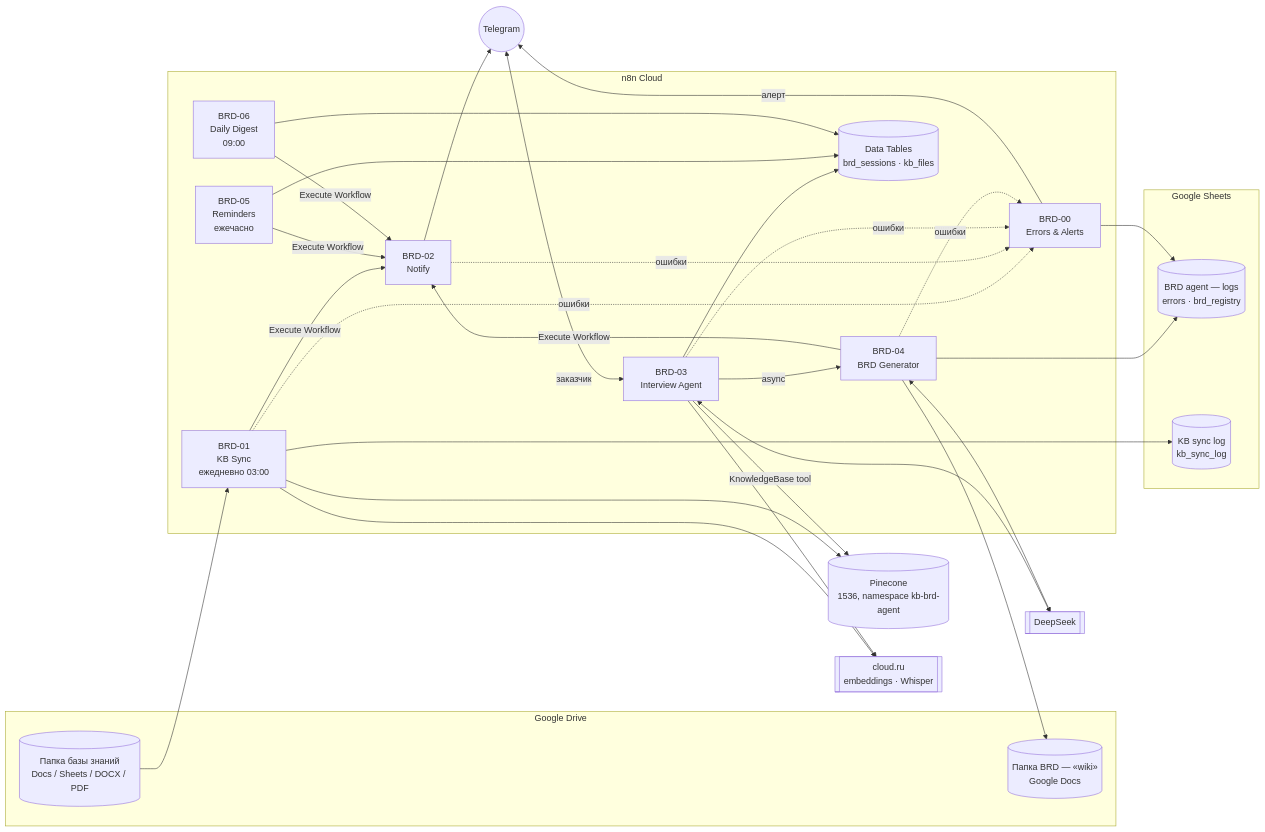
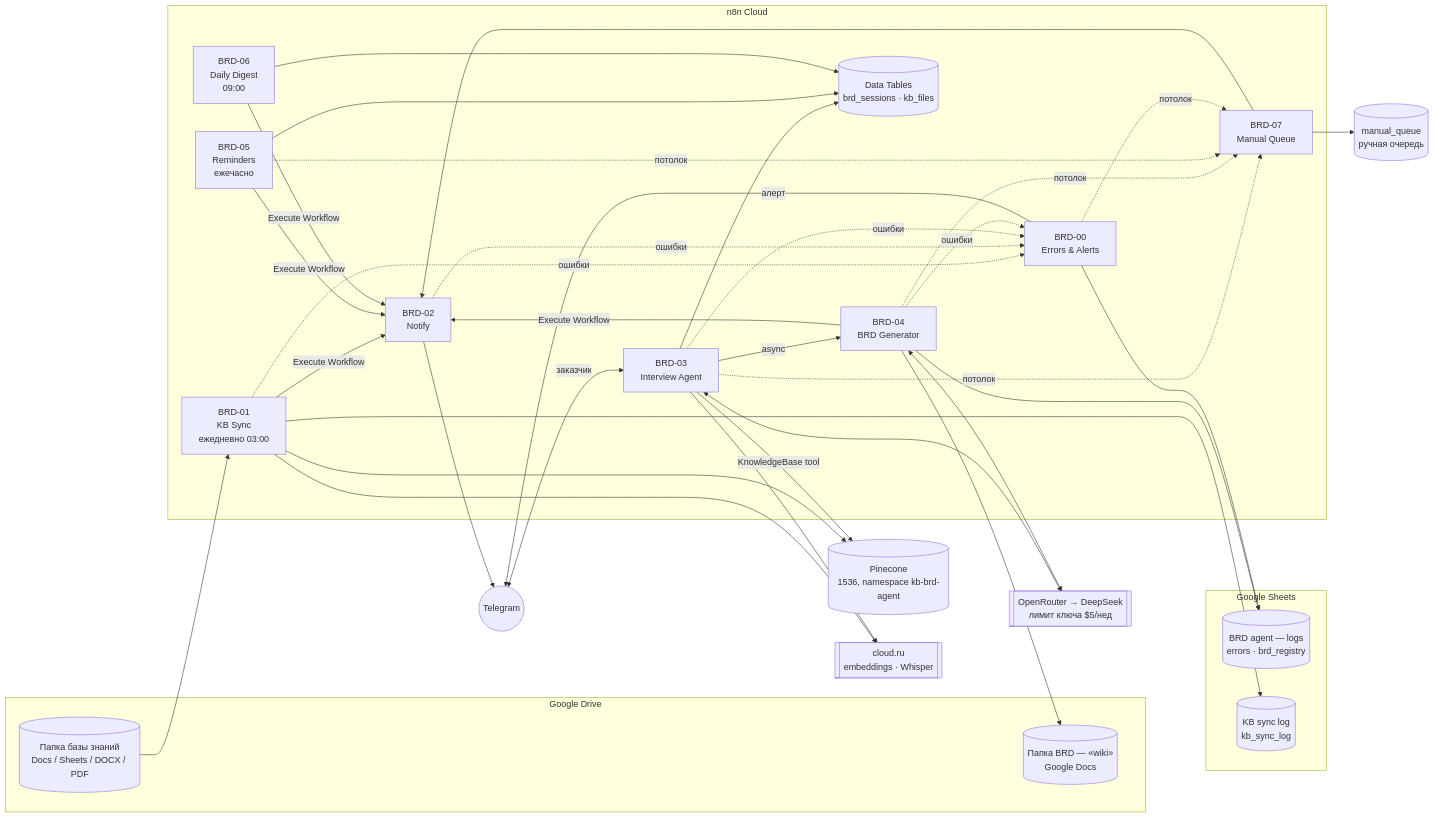
Before and after one commit to olegboost/itmo-course-project: the diagram in README.md, drawn with Mermaid. The commit also changed other lines of this file and 20 other files, not shown here.

First line of the commit message:
Control layer агента: потолки шагов, денег, времени и артефактов + ручная очередь

````diff
--- a/README.md
+++ b/README.md
@@ -9,43 +9,47 @@
 ```mermaid
 flowchart LR
   subgraph Drive["Google Drive"]
     KB[(Папка базы знаний<br/>Docs / Sheets / DOCX / PDF)]
     WIKI[(Папка BRD — «wiki»<br/>Google Docs)]
   end
   subgraph Sheets["Google Sheets"]
     LOG[(BRD agent — logs<br/>errors · brd_registry)]
     KBLOG[(KB sync log<br/>kb_sync_log)]
   end
   subgraph n8n["n8n Cloud"]
     W1[BRD-01<br/>KB Sync<br/>ежедневно 03:00]
     W3[BRD-03<br/>Interview Agent]
     W4[BRD-04<br/>BRD Generator]
     W2[BRD-02<br/>Notify]
     W5[BRD-05<br/>Reminders<br/>ежечасно]
     W6[BRD-06<br/>Daily Digest<br/>09:00]
     W0[BRD-00<br/>Errors & Alerts]
+    W7[BRD-07<br/>Manual Queue]
     DT[(Data Tables<br/>brd_sessions · kb_files)]
   end
   PC[(Pinecone<br/>1536, namespace kb-brd-agent)]
   TG((Telegram))
-  DS[[DeepSeek]]
+  DS[[OpenRouter → DeepSeek<br/>лимит ключа $5/нед]]
+  MQ[(manual_queue<br/>ручная очередь)]
   CR[[cloud.ru<br/>embeddings · Whisper]]
 
   KB --> W1 --> PC
   W1 --> KBLOG
   TG <-->|заказчик| W3
   W3 <--> DS
   W3 -->|KnowledgeBase tool| PC
   W3 --> DT
   W3 -->|async| W4
   W4 <--> DS
   W4 --> WIKI
   W4 --> LOG
   W1 & W4 & W5 & W6 -->|Execute Workflow| W2 --> TG
   W5 --> DT
   W6 --> DT
   W1 & W2 & W3 & W4 -.->|ошибки| W0
   W0 --> LOG
   W0 -->|алерт| TG
+  W3 & W4 & W5 & W0 -.->|потолок| W7 --> MQ
+  W7 --> W2
   W1 & W3 --> CR
 ```
````
